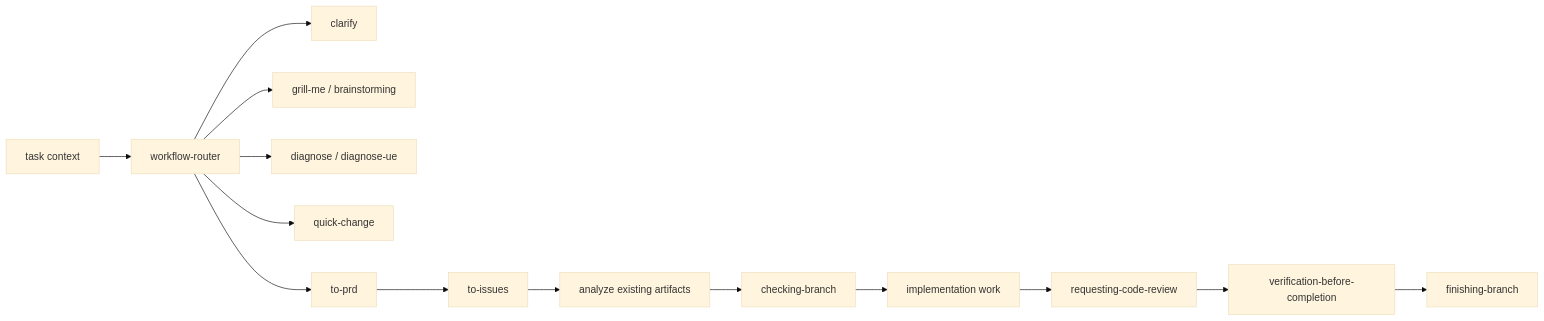
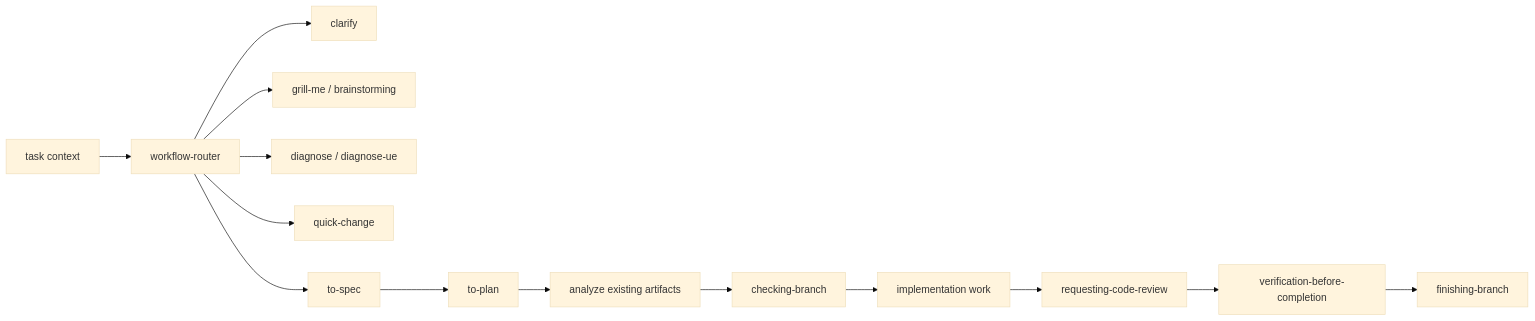
Before and after one commit to fjxyyzg3/Skills: the diagram in README.md, drawn with Mermaid (base theme). The commit also changed other lines of this file and 29 other files, not shown here.

First line of the commit message:
用 to-spec + to-plan 替换 to-prd + to-issues 工作流

````diff
--- a/README.md
+++ b/README.md
@@ -7,16 +7,16 @@
 ```mermaid
 flowchart LR
   Start["task context"] --> Router["workflow-router"]
   Router --> Clarify["clarify"]
   Router --> Need["grill-me / brainstorming"]
   Router --> Diagnose["diagnose / diagnose-ue"]
   Router --> Quick["quick-change"]
-  Router --> PRD["to-prd"]
-  PRD --> Issues["to-issues"]
-  Issues --> Analyze["analyze existing artifacts"]
+  Router --> Spec["to-spec"]
+  Spec --> Plan["to-plan"]
+  Plan --> Analyze["analyze existing artifacts"]
   Analyze --> Branch["checking-branch"]
   Branch --> Work["implementation work"]
   Work --> Review["requesting-code-review"]
   Review --> Verify["verification-before-completion"]
   Verify --> Finish["finishing-branch"]
 ```
````
